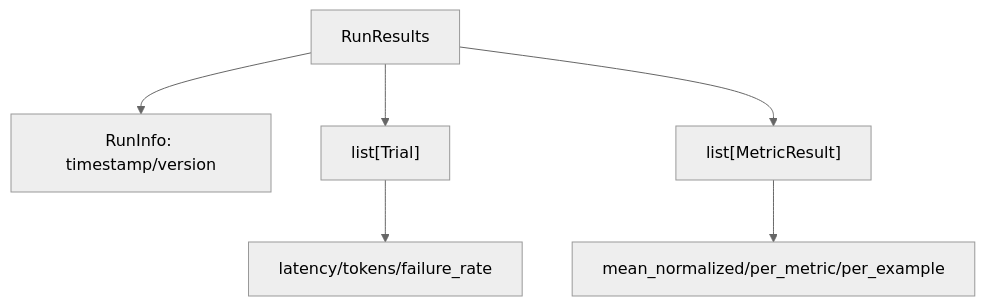
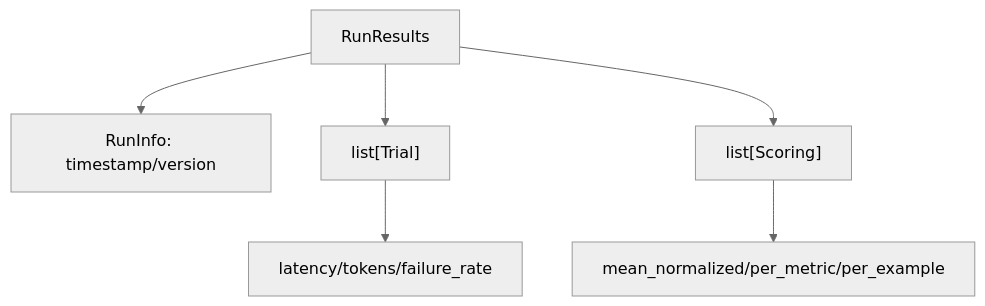
The fourth of 4 diagrams in README.md (nachollorca/promptuna), drawn with Mermaid (neutral theme) before and after one commit. The commit also changed other lines of this file and 2 other files, not shown here.

````diff
--- a/README.md
+++ b/README.md
@@ -102,9 +102,9 @@
 ```mermaid
 flowchart TD
     RR[RunResults]
     RR --> Info[RunInfo: timestamp/version]
     RR --> Trials["list[Trial]"]
-    RR --> Metrics["list[MetricResult]"]
+    RR --> Scorings["list[Scoring]"]
     Trials --> Telemetry[latency/tokens/failure_rate]
-    Metrics --> Quality[mean_normalized/per_metric/per_example]
+    Scorings --> Quality[mean_normalized/per_metric/per_example]
 ```
````
